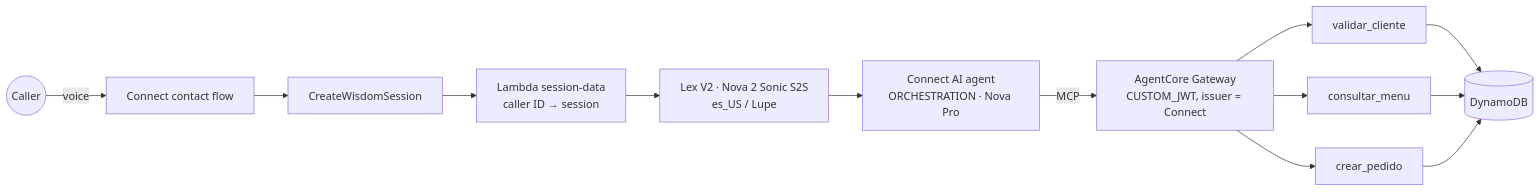
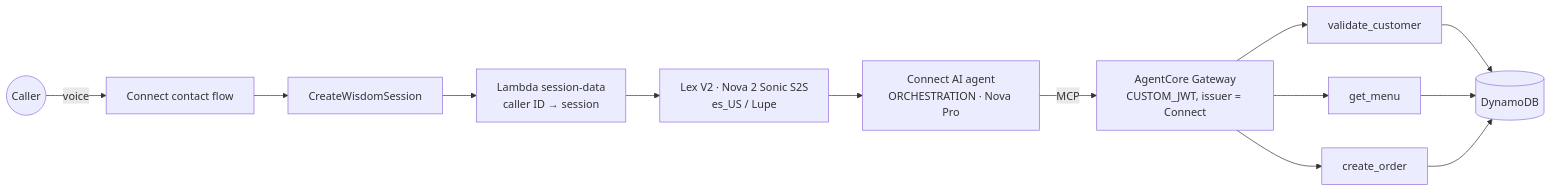
The diagram in README.md (marcosferr/connect-nova-sonic-voice-agent), drawn with Mermaid before and after one commit. The commit also changed other lines of this file and 66 other files, not shown here.

````diff
--- a/README.md
+++ b/README.md
@@ -10,13 +10,13 @@
 ```mermaid
 flowchart LR
   caller((Caller)) -->|voice| flow[Connect contact flow]
   flow --> sess[CreateWisdomSession]
   sess --> sd[Lambda session-data<br/>caller ID → session]
   sd --> lex[Lex V2 · Nova 2 Sonic S2S<br/>es_US / Lupe]
   lex --> agent[Connect AI agent<br/>ORCHESTRATION · Nova Pro]
   agent -->|MCP| gw[AgentCore Gateway<br/>CUSTOM_JWT, issuer = Connect]
-  gw --> t1[validar_cliente]
-  gw --> t2[consultar_menu]
-  gw --> t3[crear_pedido]
+  gw --> t1[validate_customer]
+  gw --> t2[get_menu]
+  gw --> t3[create_order]
   t1 & t2 & t3 --> ddb[(DynamoDB)]
 ```
````
